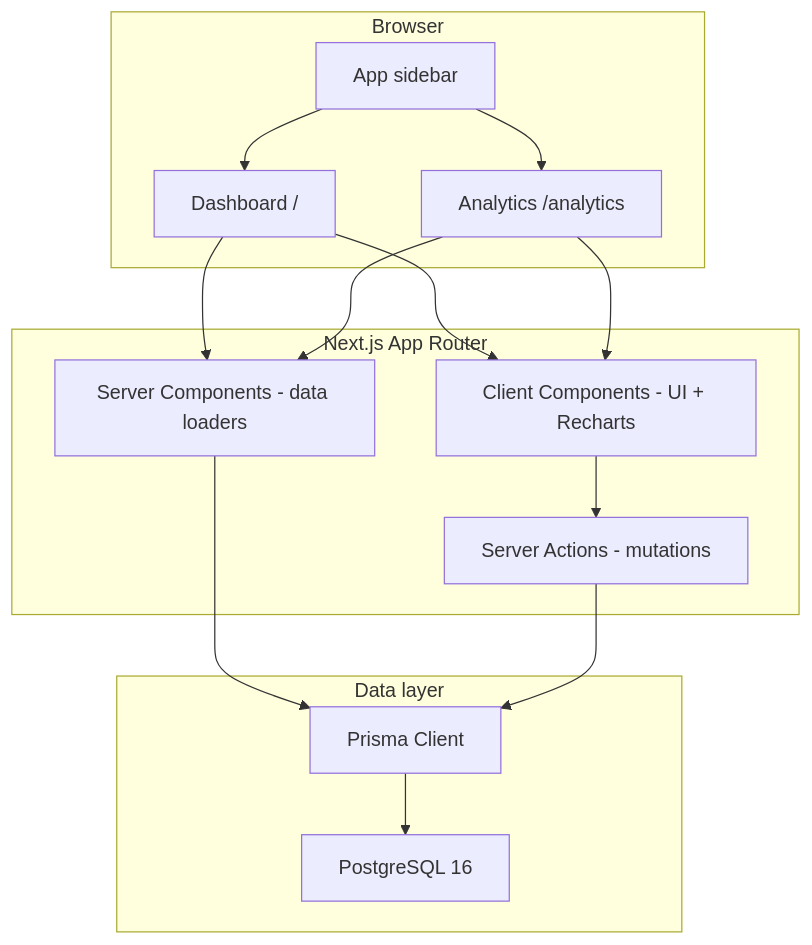
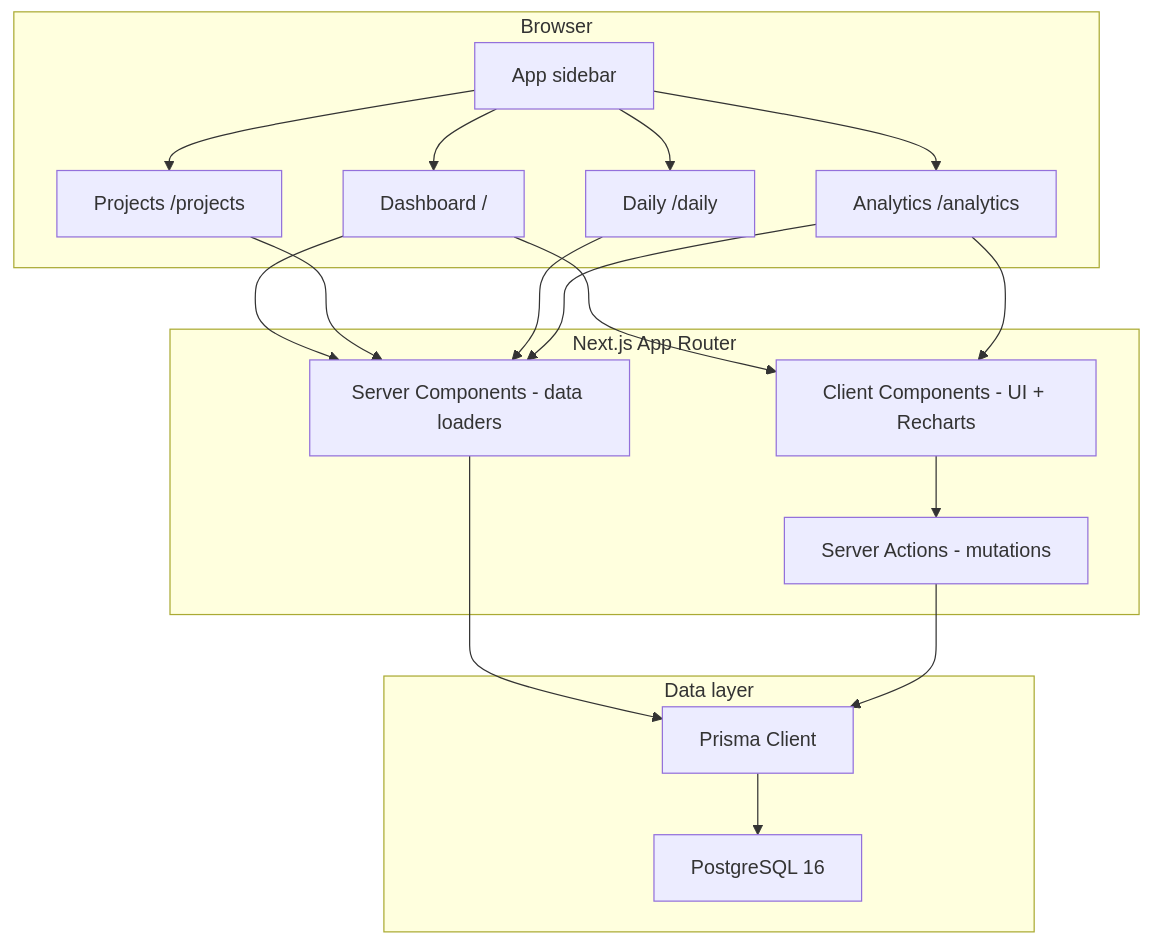
One commit to baselhusam/daily-hub changed the first of 2 diagrams in docs/ARCHITECTURE.md. Above: the diagram before and after it, drawn with Mermaid. The commit also changed other lines of this file and 36 other files, not shown here.

First line of the commit message:
Restructure app around first-class projects and daily habits.

````diff
--- a/docs/ARCHITECTURE.md
+++ b/docs/ARCHITECTURE.md
@@ -7,30 +7,36 @@
 ```mermaid
 flowchart TB
   subgraph client [Browser]
     Dashboard["Dashboard /"]
+    Projects["Projects /projects"]
+    Daily["Daily /daily"]
     Analytics["Analytics /analytics"]
     Sidebar["App sidebar"]
   end
 
   subgraph nextjs [Next.js App Router]
     RSC["Server Components - data loaders"]
     Actions["Server Actions - mutations"]
     Client["Client Components - UI + Recharts"]
   end
 
   subgraph data [Data layer]
     Prisma["Prisma Client"]
     PG["PostgreSQL 16"]
   end
 
   Sidebar --> Dashboard
+  Sidebar --> Projects
+  Sidebar --> Daily
   Sidebar --> Analytics
   Dashboard --> RSC
+  Projects --> RSC
+  Daily --> RSC
   Analytics --> RSC
   Dashboard --> Client
   Analytics --> Client
   Client --> Actions
   RSC --> Prisma
   Actions --> Prisma
   Prisma --> PG
 ```
````
